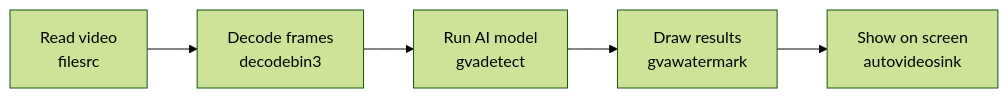
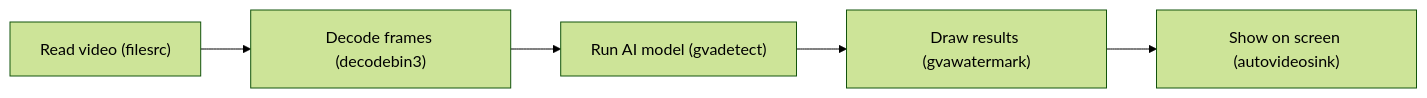
One commit to open-edge-platform/dlstreamer changed the diagram in docs/user-guide/tutorial.md. Above: the diagram before and after it, drawn with Mermaid (forest theme).

Commit message:
Change mermaid

````diff
--- a/docs/user-guide/tutorial.md
+++ b/docs/user-guide/tutorial.md
@@ -57,7 +57,7 @@
 ```mermaid
 flowchart LR
-    A["Read video<br/>filesrc"] --> B["Decode frames<br/>decodebin3"]
-    B --> C["Run AI model<br/>gvadetect"]
-    C --> D["Draw results<br/>gvawatermark"]
-    D --> E["Show on screen<br/>autovideosink"]
+    A["Read video (filesrc)"] --> B["Decode frames (decodebin3)"]
+    B --> C["Run AI model (gvadetect)"]
+    C --> D["Draw results (gvawatermark)"]
+    D --> E["Show on screen (autovideosink)"]
 ```
````
